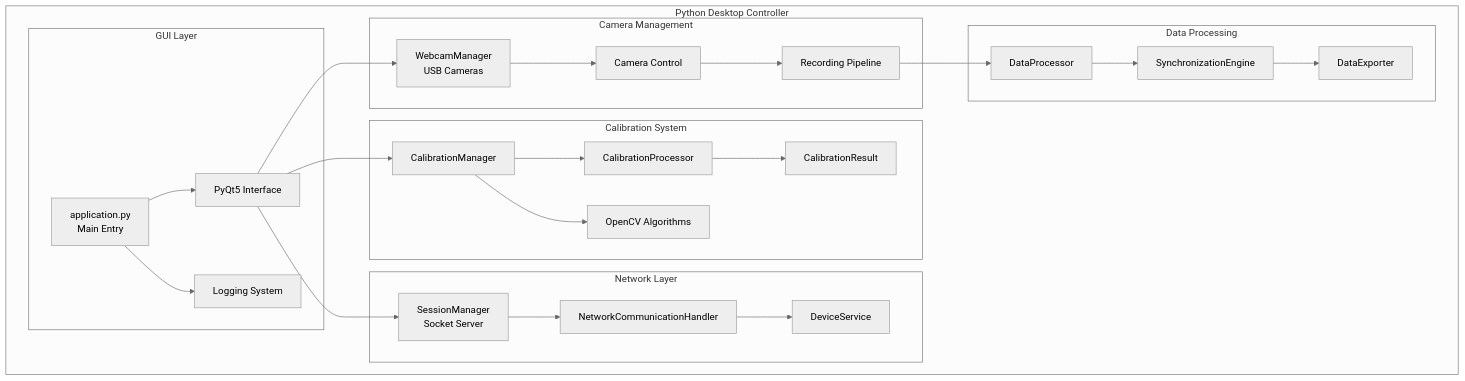
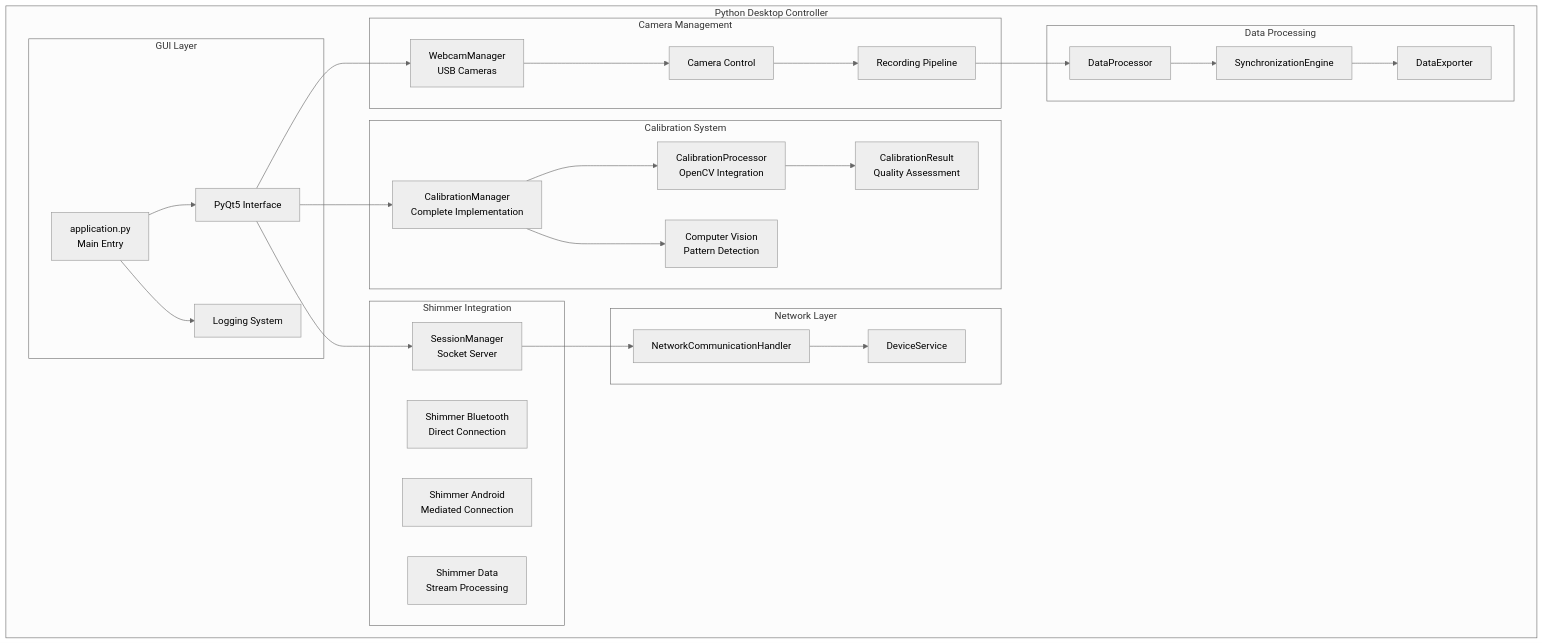
Before and after one commit to buccancs/fyp-multi-sensor-recording-system: the fourth of 8 diagrams in README.md, drawn with Mermaid (neutral theme). The commit also changed other lines of this file and 3 other files, not shown here.

Commit message:
Comprehensive documentation update for new implementations - API reference, user guide, and architecture updates

````diff
--- a/README.md
+++ b/README.md
@@ -220,55 +227,62 @@
 ```mermaid
 graph TB
     subgraph "Python Desktop Controller"
         subgraph "GUI Layer"
             APP[application.py<br/>Main Entry]
             UI[PyQt5 Interface]
             LOG[Logging System]
         end
         
         subgraph "Camera Management"
             WM[WebcamManager<br/>USB Cameras]
             CAM[Camera Control]
             REC[Recording Pipeline]
         end
         
         subgraph "Calibration System"
-            CM[CalibrationManager]
-            CP[CalibrationProcessor]
-            CR[CalibrationResult]
-            CV[OpenCV Algorithms]
+            CM[CalibrationManager<br/>Complete Implementation]
+            CP[CalibrationProcessor<br/>OpenCV Integration]
+            CR[CalibrationResult<br/>Quality Assessment]
+            CV[Computer Vision<br/>Pattern Detection]
+        end
+        
+        subgraph "Shimmer Integration"
+            SM[ShimmerManager<br/>Multi-Library Support]
+            SB[Shimmer Bluetooth<br/>Direct Connection]
+            SA[Shimmer Android<br/>Mediated Connection]
+            SD[Shimmer Data<br/>Stream Processing]
         end
         
         subgraph "Network Layer"
             SM[SessionManager<br/>Socket Server]
             NCH[NetworkCommunicationHandler]
             DS[DeviceService]
         end
         
         subgraph "Data Processing"
             DP[DataProcessor]
             SYNC[SynchronizationEngine]
             EXP[DataExporter]
         end
         
         APP --> UI
         APP --> LOG
         UI --> WM
         UI --> CM
         UI --> SM
         
         WM --> CAM
         CAM --> REC
         
         CM --> CP
         CP --> CR
         CM --> CV
         
         SM --> NCH
         NCH --> DS
         
         REC --> DP
         DP --> SYNC
         SYNC --> EXP
     end
 ```
````
